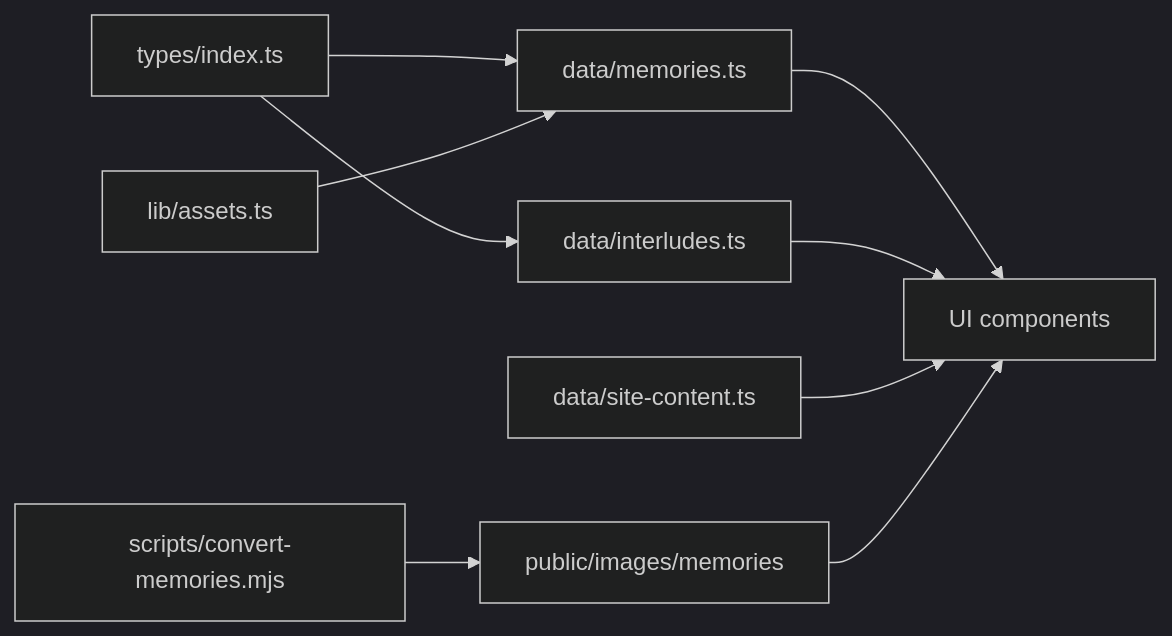
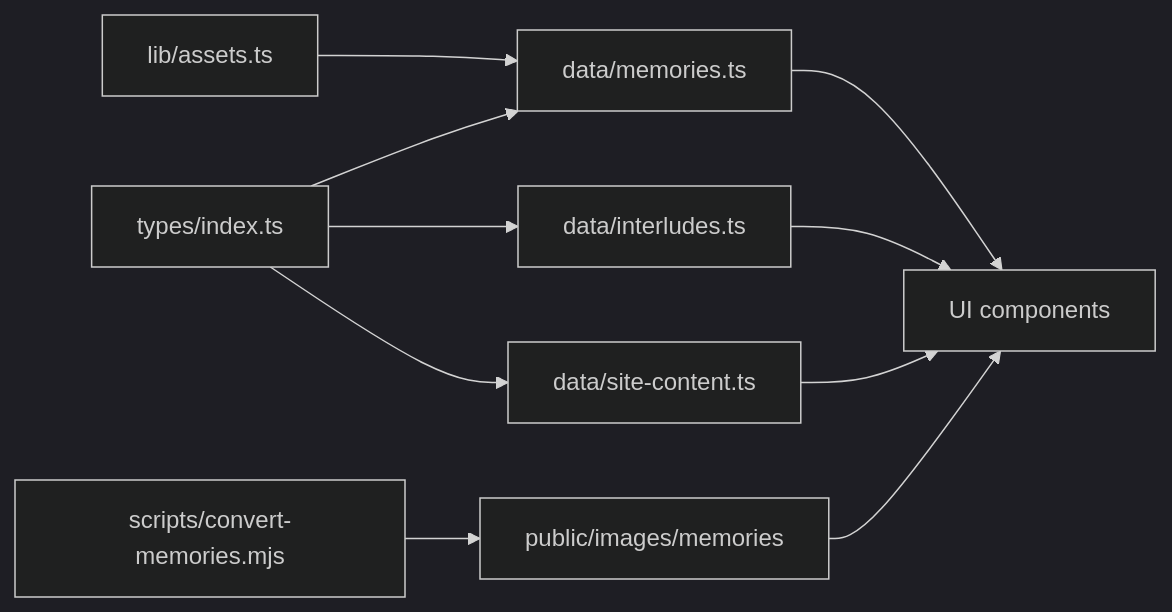
Before and after one commit to quangkiet1/anh-xin-loi: the tenth of 10 diagrams in .qoder/repowiki/en/content/Implementation Guide/Data Management.md, drawn with Mermaid (dark theme). The commit also changed other lines of this file and 13 other files, not shown here.

````diff
--- a/.qoder/repowiki/en/content/Implementation Guide/Data Management.md
+++ b/.qoder/repowiki/en/content/Implementation Guide/Data Management.md
@@ -352,11 +407,12 @@
 ```mermaid
 graph LR
 Types["types/index.ts"] --> Memories["data/memories.ts"]
 Types --> Interludes["data/interludes.ts"]
+Types --> SiteContent["data/site-content.ts"]
 Assets["lib/assets.ts"] --> Memories
 Memories --> Components["UI components"]
 Interludes --> Components
-SiteContent["data/site-content.ts"] --> Components
+SiteContent --> Components
 Convert["scripts/convert-memories.mjs"] --> Public["public/images/memories"]
 Public --> Components
 ```
````
